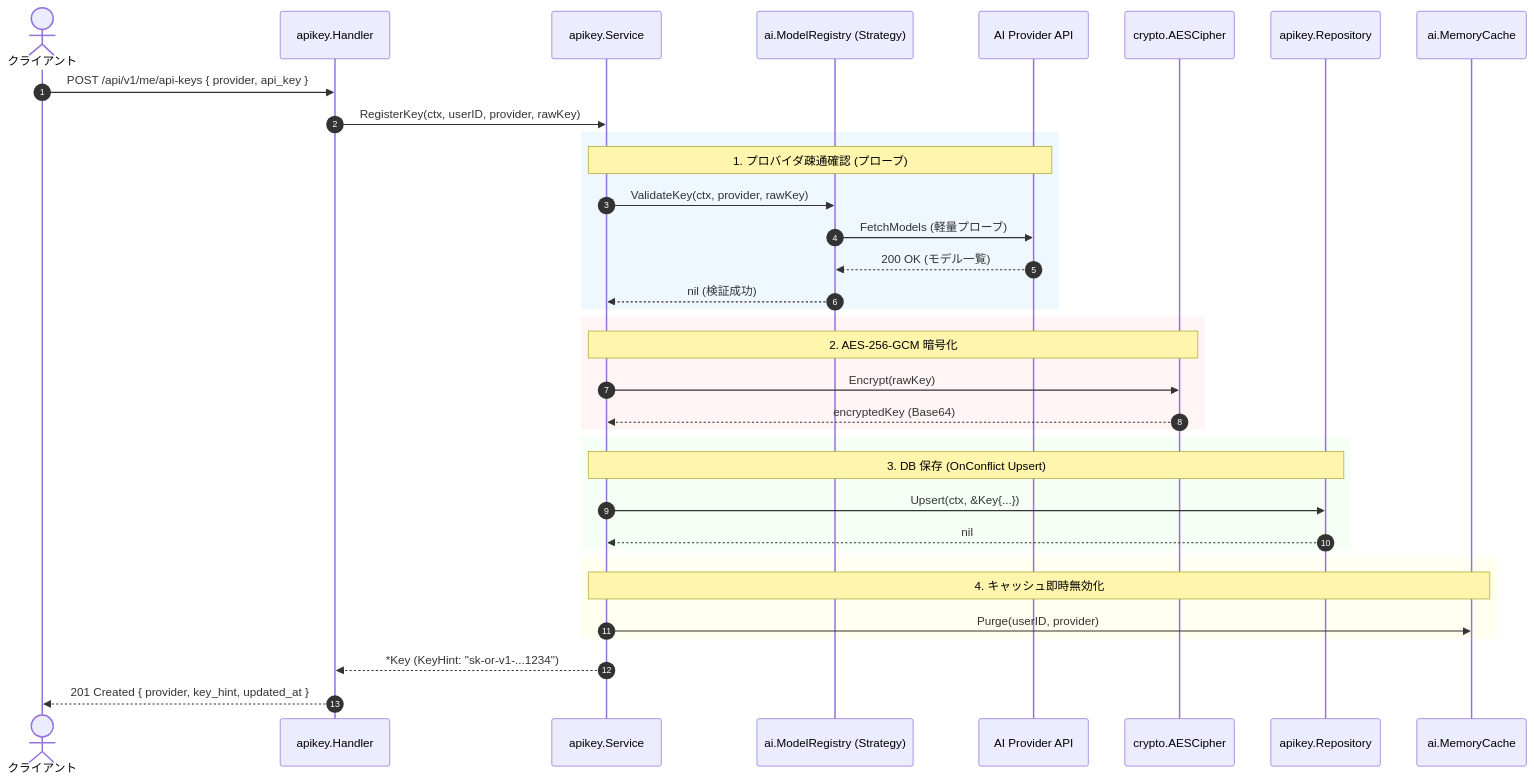
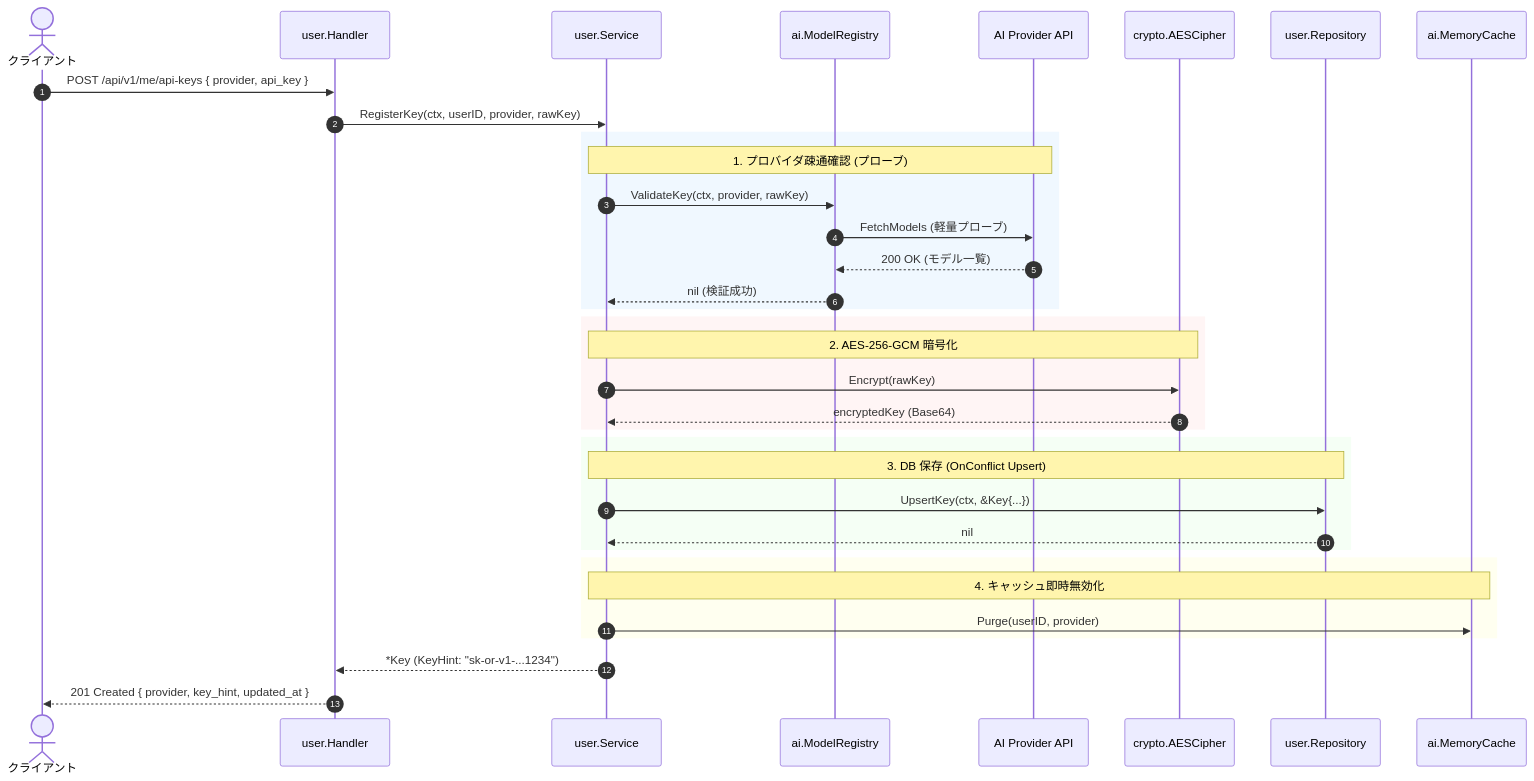
Before and after one commit to NAoMi-1242/study-gin-clerk: the third of 7 diagrams in ARCHITECTURE.md, drawn with Mermaid. The commit also changed other lines of this file and 32 other files, not shown here.

````diff
--- a/ARCHITECTURE.md
+++ b/ARCHITECTURE.md
@@ -413,43 +376,43 @@
 ```mermaid
 sequenceDiagram
     autonumber
     actor Client as クライアント
-    participant Handler as apikey.Handler
-    participant Service as apikey.Service
-    participant Registry as ai.ModelRegistry (Strategy)
+    participant Handler as user.Handler
+    participant Service as user.Service
+    participant Registry as ai.ModelRegistry
     participant Provider as AI Provider API
     participant Cipher as crypto.AESCipher
-    participant Repo as apikey.Repository
+    participant Repo as user.Repository
     participant Cache as ai.MemoryCache
 
     Client->>Handler: POST /api/v1/me/api-keys { provider, api_key }
     Handler->>Service: RegisterKey(ctx, userID, provider, rawKey)
 
     rect rgb(240, 248, 255)
         Note over Service,Provider: 1. プロバイダ疎通確認 (プローブ)
         Service->>Registry: ValidateKey(ctx, provider, rawKey)
         Registry->>Provider: FetchModels (軽量プローブ)
         Provider-->>Registry: 200 OK (モデル一覧)
         Registry-->>Service: nil (検証成功)
     end
 
     rect rgb(255, 245, 245)
         Note over Service,Cipher: 2. AES-256-GCM 暗号化
         Service->>Cipher: Encrypt(rawKey)
         Cipher-->>Service: encryptedKey (Base64)
     end
 
     rect rgb(245, 255, 245)
         Note over Service,Repo: 3. DB 保存 (OnConflict Upsert)
-        Service->>Repo: Upsert(ctx, &Key{...})
+        Service->>Repo: UpsertKey(ctx, &Key{...})
         Repo-->>Service: nil
     end
 
     rect rgb(255, 255, 240)
         Note over Service,Cache: 4. キャッシュ即時無効化
         Service->>Cache: Purge(userID, provider)
     end
 
     Service-->>Handler: *Key (KeyHint: "sk-or-v1-...1234")
     Handler-->>Client: 201 Created { provider, key_hint, updated_at }
 ```
````
